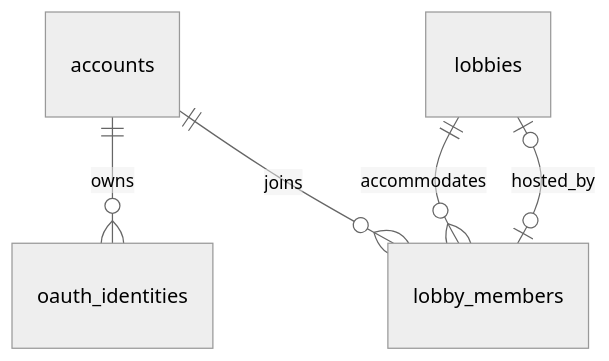
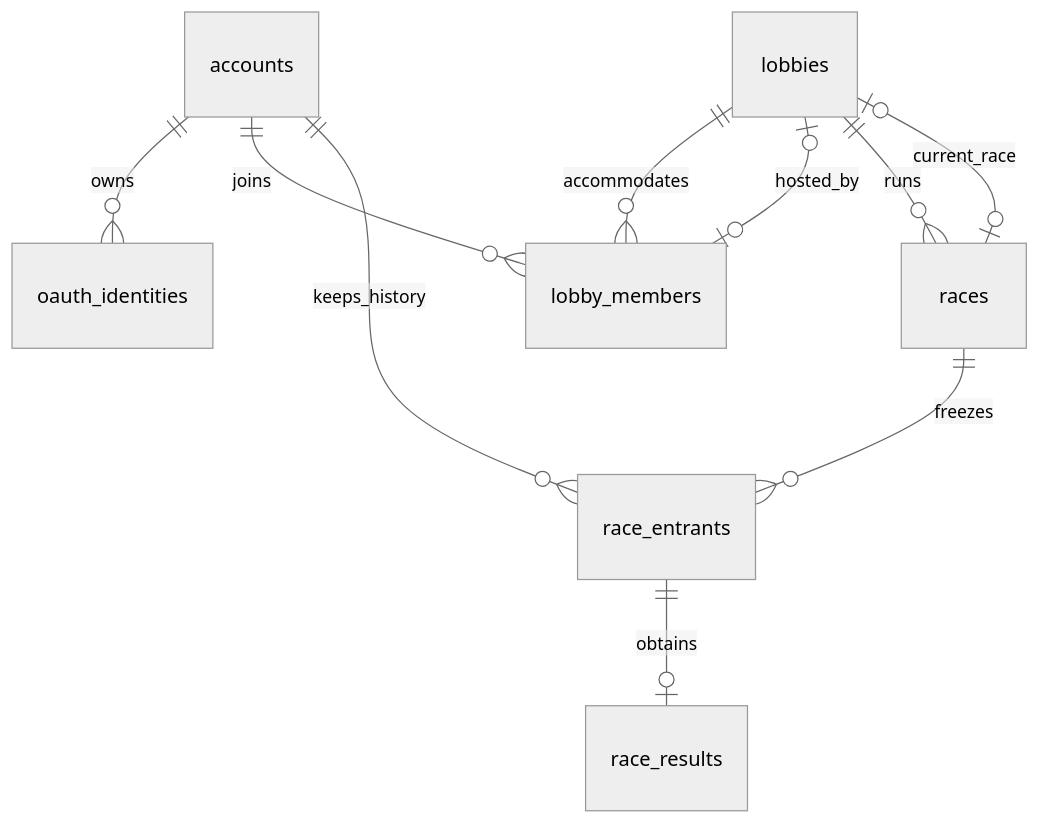
Before and after one commit to PhilJordan18/incision: the diagram in docs/architecture/data-model.md, drawn with Mermaid (neutral theme). The commit also changed other lines of this file and 1 other file, not shown here.

First line of the commit message:
docs: ADR-0004 on the race ownership lease, and the delivered race schema

````diff
--- a/docs/architecture/data-model.md
+++ b/docs/architecture/data-model.md
@@ -80,7 +84,12 @@
 ```mermaid
 erDiagram
   accounts ||--o{ oauth_identities : owns
   accounts ||--o{ lobby_members : joins
   lobbies ||--o{ lobby_members : accommodates
   lobbies |o--o| lobby_members : hosted_by
+  lobbies ||--o{ races : runs
+  lobbies |o--o| races : current_race
+  races ||--o{ race_entrants : freezes
+  accounts ||--o{ race_entrants : keeps_history
+  race_entrants ||--o| race_results : obtains
 ```
````
